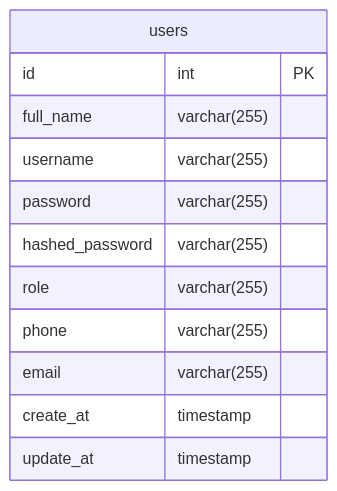
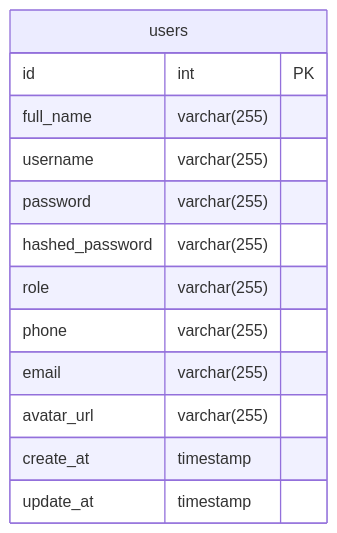
Before and after one commit to Huyitit/intern-project: the second of 2 diagrams in docs/Week1/useCase.MD, drawn with Mermaid. The commit also changed other lines of this file, not shown here.

````diff
--- a/docs/Week1/useCase.MD
+++ b/docs/Week1/useCase.MD
@@ -171,16 +173,17 @@
 ```mermaid
 erDiagram
     users 
     {
         id int PK
         full_name varchar(255)
         username varchar(255)
         password varchar(255)
         hashed_password varchar(255)
         role varchar(255)
         phone varchar(255)
         email varchar(255)
+        avatar_url varchar(255)
         create_at timestamp
         update_at timestamp
     }
 ```
````
